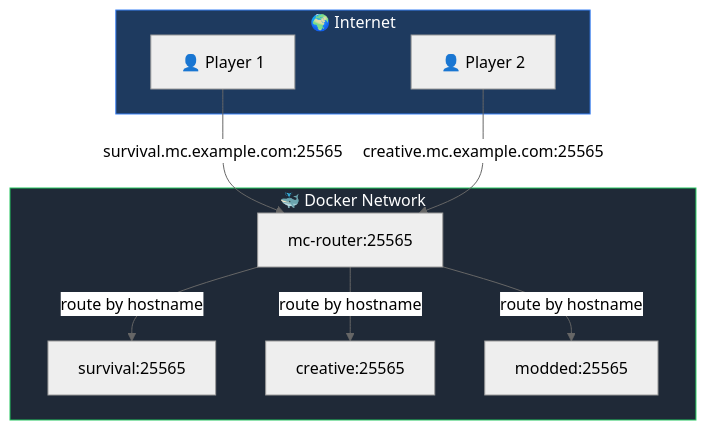
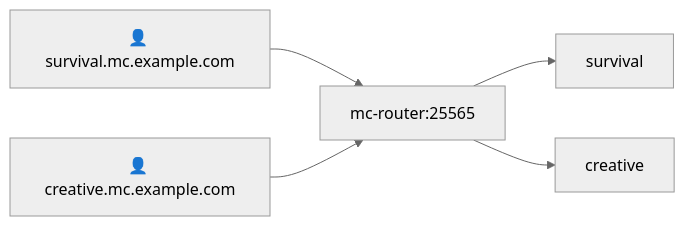
One commit to Ketbome/minepanel changed the third of 3 diagrams in doc/networking.md. Above: the diagram before and after it, drawn with Mermaid (neutral theme). The commit also changed other lines of this file and 10 other files, not shown here.

````diff
--- a/doc/networking.md
+++ b/doc/networking.md
@@ -419,23 +139,7 @@
 ```mermaid
-flowchart TB
-    subgraph internet["🌍 Internet"]
-        P1["👤 Player 1"]
-        P2["👤 Player 2"]
-    end
-
-    subgraph docker["🐳 Docker Network"]
-        Router["mc-router:25565"]
-        MC1["survival:25565"]
-        MC2["creative:25565"]
-        MC3["modded:25565"]
-    end
-
-    P1 -->|"survival.mc.example.com:25565"| Router
-    P2 -->|"creative.mc.example.com:25565"| Router
-    Router -->|"route by hostname"| MC1
-    Router -->|"route by hostname"| MC2
-    Router -->|"route by hostname"| MC3
-
-    style internet fill:#1e3a5f,stroke:#3b82f6,color:#fff
-    style docker fill:#1f2937,stroke:#22c55e,color:#fff
+flowchart LR
+    P1["👤 survival.mc.example.com"] --> Router["mc-router:25565"]
+    P2["👤 creative.mc.example.com"] --> Router
+    Router --> MC1["survival"]
+    Router --> MC2["creative"]
 ```
````
